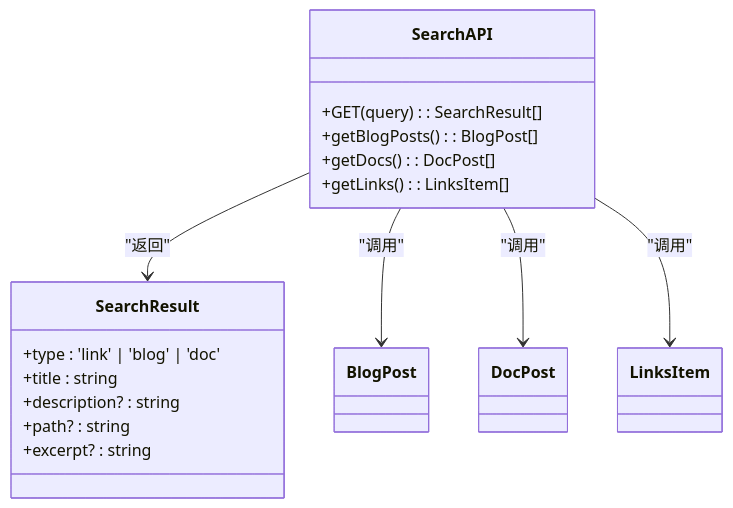
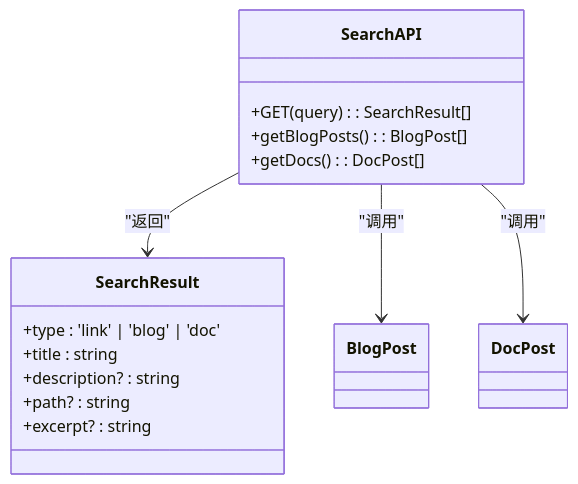
Before and after one commit to iflux-art/website: the fourth of 6 diagrams in src/content/docs/features/index.mdx, drawn with Mermaid. The commit also changed other lines of this file and 319 other files, not shown here.

````diff
--- a/src/content/docs/features/index.mdx
+++ b/src/content/docs/features/index.mdx
@@ -145,20 +144,18 @@
 ```mermaid
 classDiagram
 class SearchResult {
 +type : 'link' | 'blog' | 'doc'
 +title : string
 +description? : string
 +path? : string
 +excerpt? : string
 }
 class SearchAPI {
 +GET(query) : SearchResult[]
 +getBlogPosts() : BlogPost[]
 +getDocs() : DocPost[]
-+getLinks() : LinksItem[]
 }
 SearchAPI --> SearchResult : "返回"
 SearchAPI --> BlogPost : "调用"
 SearchAPI --> DocPost : "调用"
-SearchAPI --> LinksItem : "调用"
 ```
````
